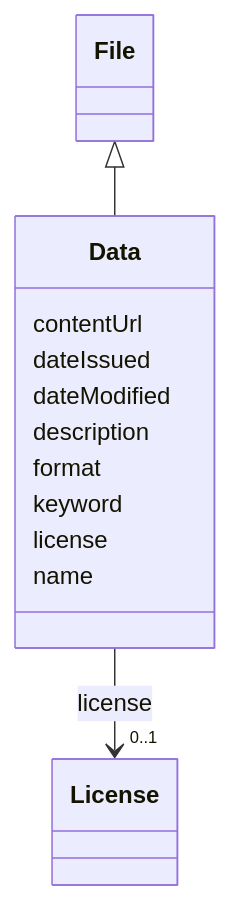
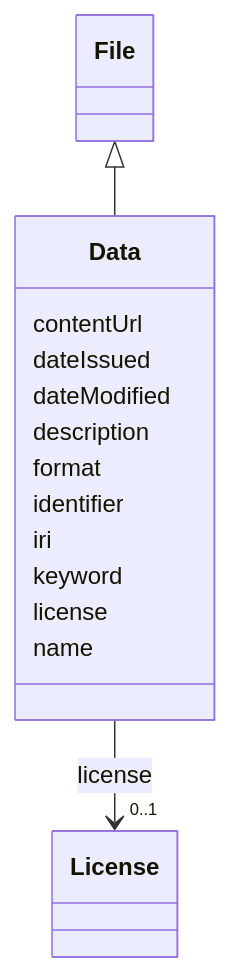
One commit to EVORA-project/evora-ontology changed the diagram in models/docs/Data.md. Above: the diagram before and after it, drawn with Mermaid. The commit also changed other lines of this file and 391 other files, not shown here.

````diff
--- a/models/docs/Data.md
+++ b/models/docs/Data.md
@@ -19,32 +19,36 @@
 ```mermaid
  classDiagram
     class Data
     click Data href "../Data"
       File <|-- Data
         click File href "../File"
       
       Data : contentUrl
         
       Data : dateIssued
         
       Data : dateModified
         
       Data : description
         
       Data : format
         
+      Data : identifier
+        
+      Data : iri
+        
       Data : keyword
         
       Data : license
         
           
     
     
     Data --> "0..1" License : license
     click License href "../License"
 
         
       Data : name
         
       
 ```
````
